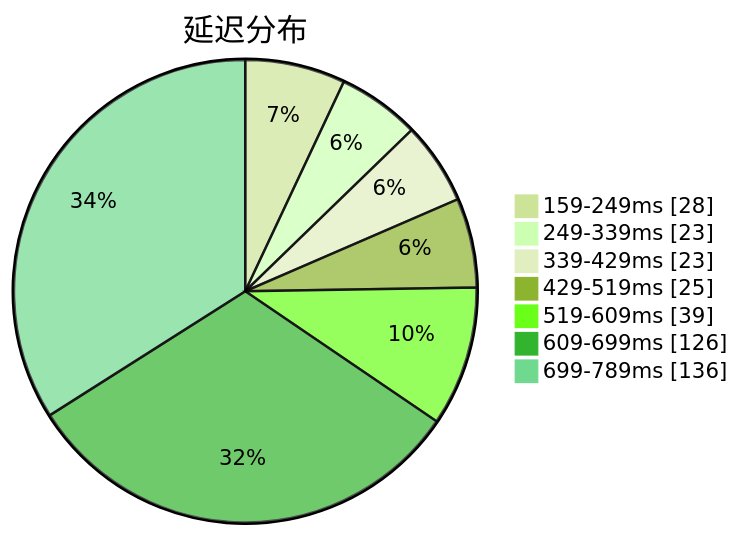
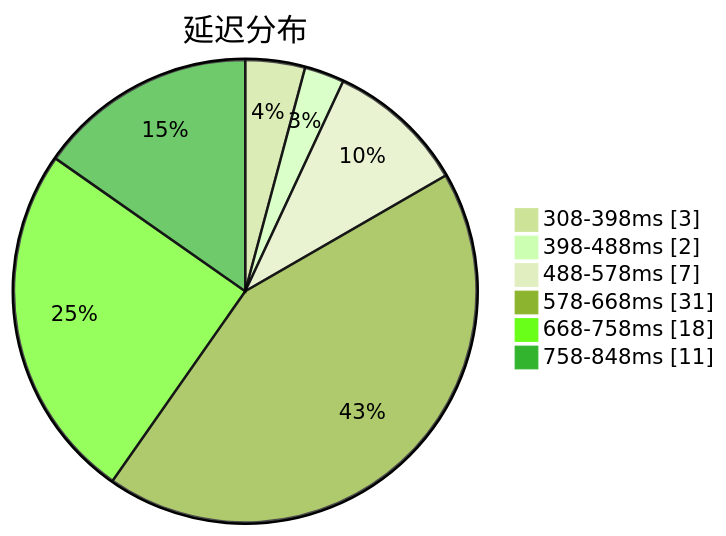
The first of 3 diagrams in subs/statistics/tested_within.md (qjlxg/airport), drawn with Mermaid (forest theme) before and after one commit. The commit also changed other lines of this file and 2 other files, not shown here.

Commit message:
Tested by metaST

````diff
--- a/subs/statistics/tested_within.md
+++ b/subs/statistics/tested_within.md
@@ -2,11 +2,10 @@
 ```mermaid
 pie showData
 title 延迟分布
-"159-249ms" : 28
-"249-339ms" : 23
-"339-429ms" : 23
-"429-519ms" : 25
-"519-609ms" : 39
-"609-699ms" : 126
-"699-789ms" : 136
+"308-398ms" : 3
+"398-488ms" : 2
+"488-578ms" : 7
+"578-668ms" : 31
+"668-758ms" : 18
+"758-848ms" : 11
 ```
````
